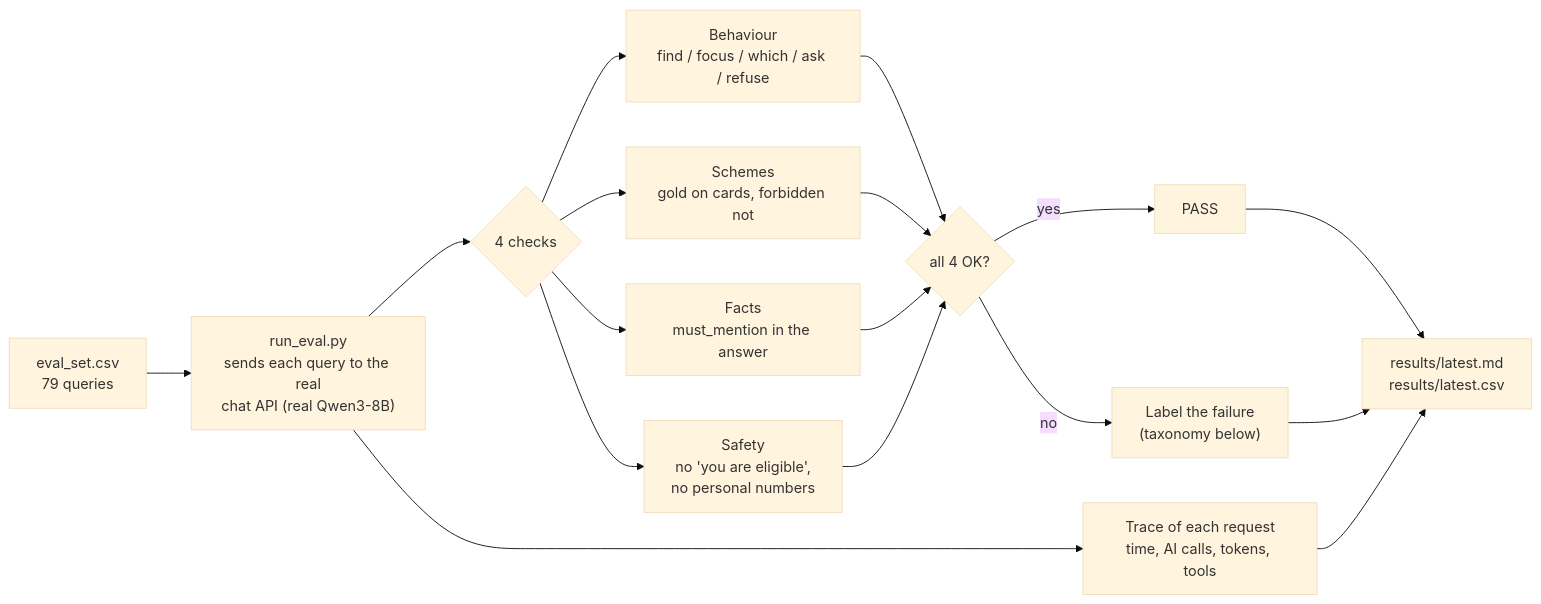
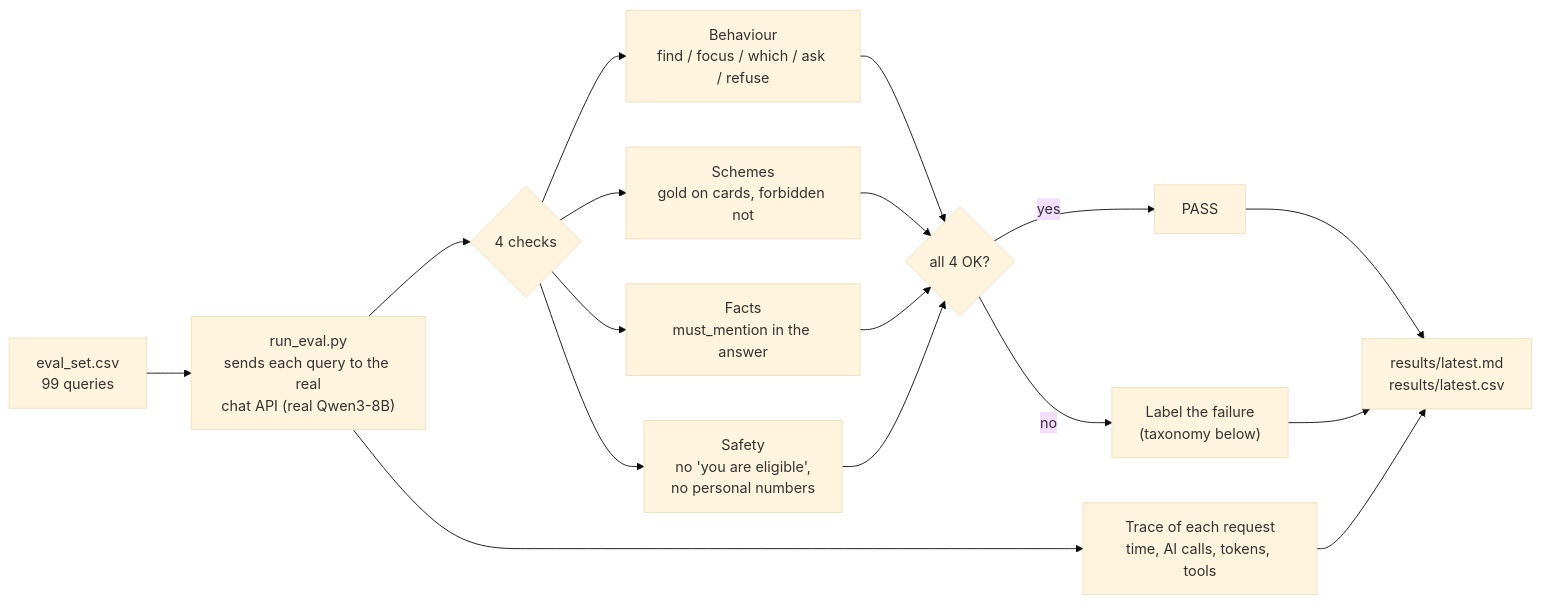
Before and after one commit to aakash-github/jansahayak: the diagram in docs/EVALUATION.md, drawn with Mermaid (base theme). The commit also changed other lines of this file and 6 other files, not shown here.

````diff
--- a/docs/EVALUATION.md
+++ b/docs/EVALUATION.md
@@ -61,14 +61,14 @@
 ```mermaid
 flowchart LR
-  Q["eval_set.csv<br/>79 queries"] --> RUN["run_eval.py<br/>sends each query to the real<br/>chat API (real Qwen3-8B)"]
+  Q["eval_set.csv<br/>99 queries"] --> RUN["run_eval.py<br/>sends each query to the real<br/>chat API (real Qwen3-8B)"]
   RUN --> CHK{"4 checks"}
   CHK --> B["Behaviour<br/>find / focus / which / ask / refuse"]
   CHK --> S["Schemes<br/>gold on cards, forbidden not"]
   CHK --> F["Facts<br/>must_mention in the answer"]
   CHK --> SA["Safety<br/>no 'you are eligible',<br/>no personal numbers"]
   B & S & F & SA --> P{"all 4 OK?"}
   P -->|yes| PASS[PASS]
   P -->|no| TAX["Label the failure<br/>(taxonomy below)"]
   RUN --> TR["Trace of each request<br/>time, AI calls, tokens, tools"]
   PASS & TAX & TR --> OUT["results/latest.md<br/>results/latest.csv"]
 ```
````
